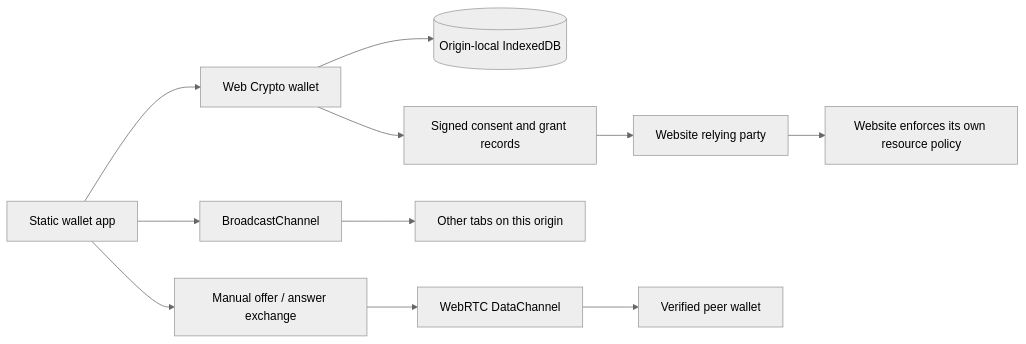
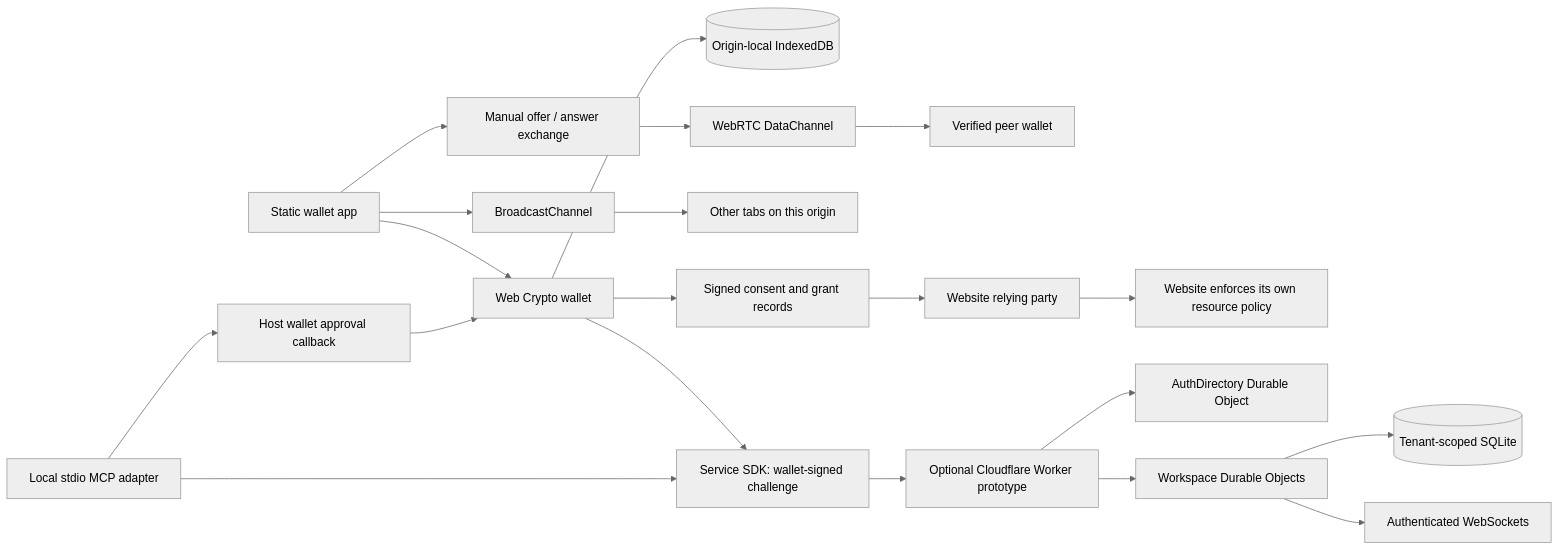
The diagram in docs/ARCHITECTURE.md (EnzoVezzaro/ai-auth), drawn with Mermaid (neutral theme) before and after one commit. The commit also changed other lines of this file and 47 other files, not shown here.

Commit message:
feat: implement AI Auth vNext shared service

````diff
--- a/docs/ARCHITECTURE.md
+++ b/docs/ARCHITECTURE.md
@@ -5,13 +5,22 @@
 ```mermaid
 flowchart LR
   UI[Static wallet app] --> W[Web Crypto wallet]
   W --> DB[(Origin-local IndexedDB)]
   W --> S[Signed consent and grant records]
   UI --> BC[BroadcastChannel]
   BC --> T[Other tabs on this origin]
   UI --> SDP[Manual offer / answer exchange]
   SDP --> RTC[WebRTC DataChannel]
   RTC --> P[Verified peer wallet]
   S --> RP[Website relying party]
   RP --> AUTH[Website enforces its own resource policy]
+  W --> SDK[Service SDK: wallet-signed challenge]
+  SDK --> WORKER[Optional Cloudflare Worker prototype]
+  WORKER --> DIR[AuthDirectory Durable Object]
+  WORKER --> TENANT[Workspace Durable Objects]
+  TENANT --> SQL[(Tenant-scoped SQLite)]
+  TENANT --> WS[Authenticated WebSockets]
+  MCP[Local stdio MCP adapter] --> SDK
+  MCP --> APPROVAL[Host wallet approval callback]
+  APPROVAL --> W
 ```
````
